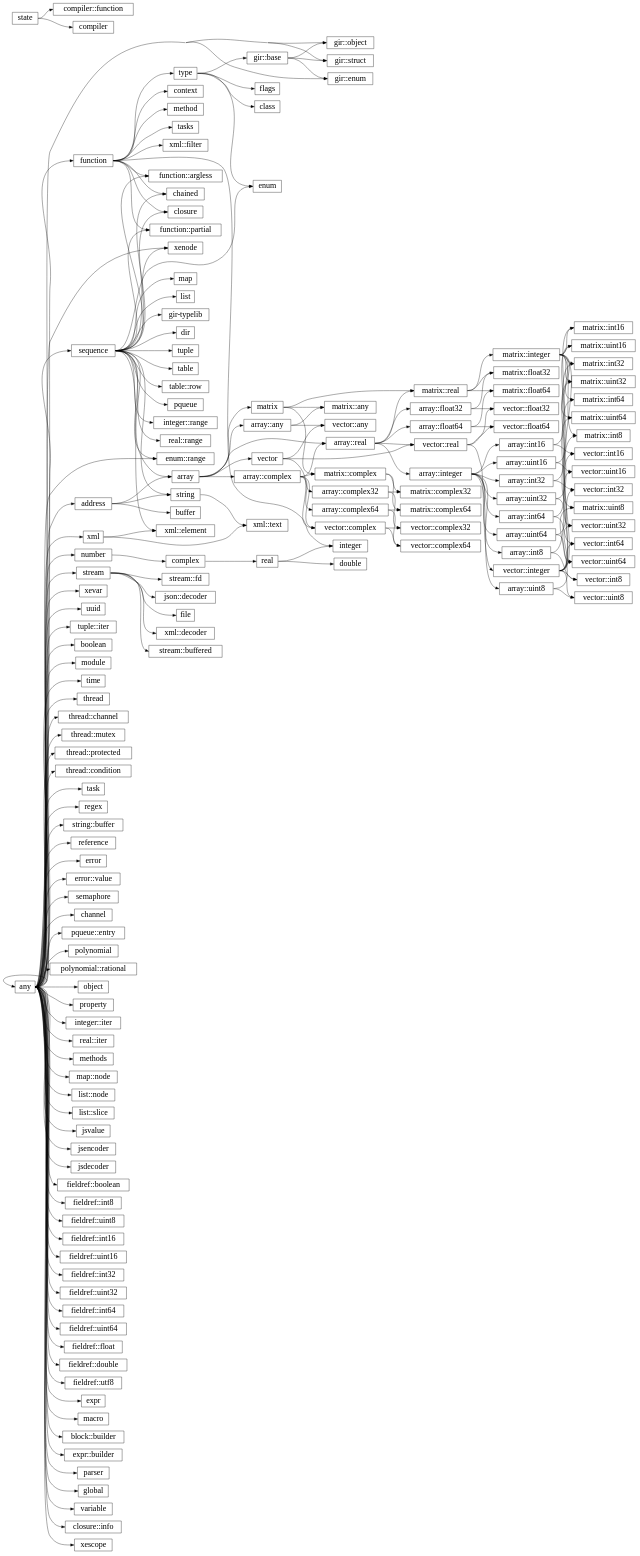
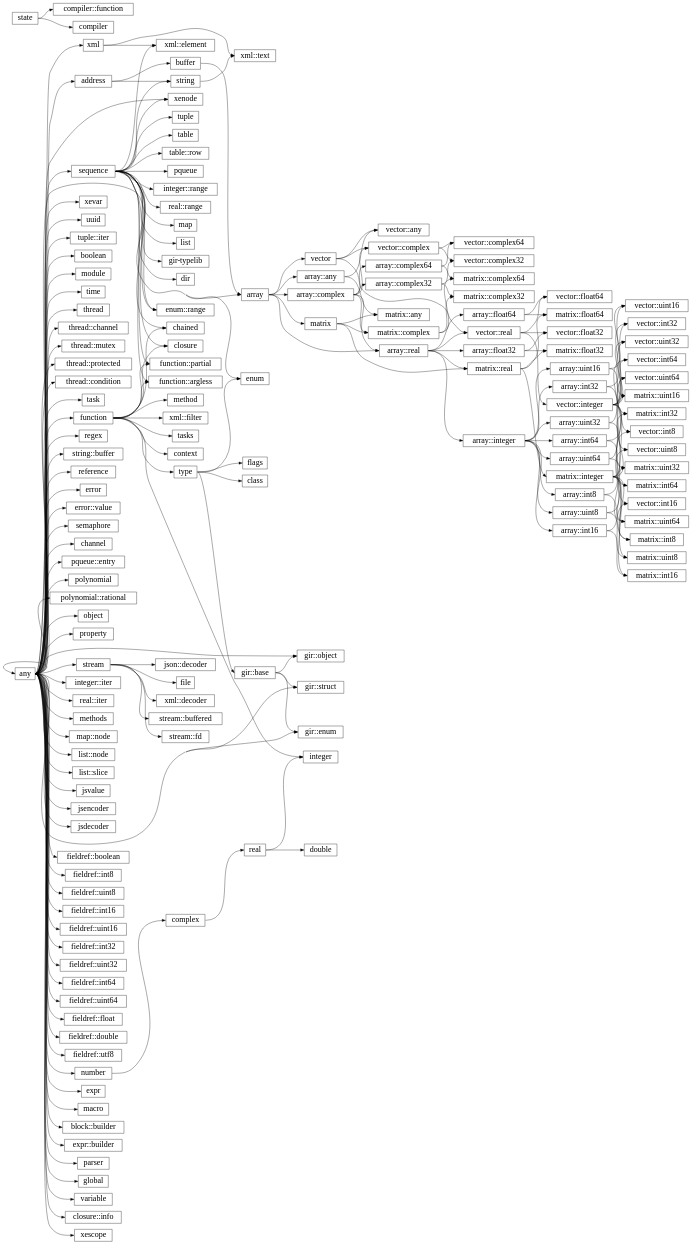
The diagram in docs/library/hierarchy.rst (wrapl/minilang), drawn with Graphviz before and after one commit. The commit also changed 3 other files, not shown here.

```diff
--- a/docs/library/hierarchy.rst
+++ b/docs/library/hierarchy.rst
@@ -130,7 +130,7 @@
       "function":e -> "closure":w;
       "sequence":e -> "closure":w;
       "any":e -> "closure::info":w;
-      "address":e -> "array":w;
+      "buffer":e -> "array":w;
       "sequence":e -> "array":w;
       "array":e -> "vector":w;
       "array":e -> "matrix":w;
```
